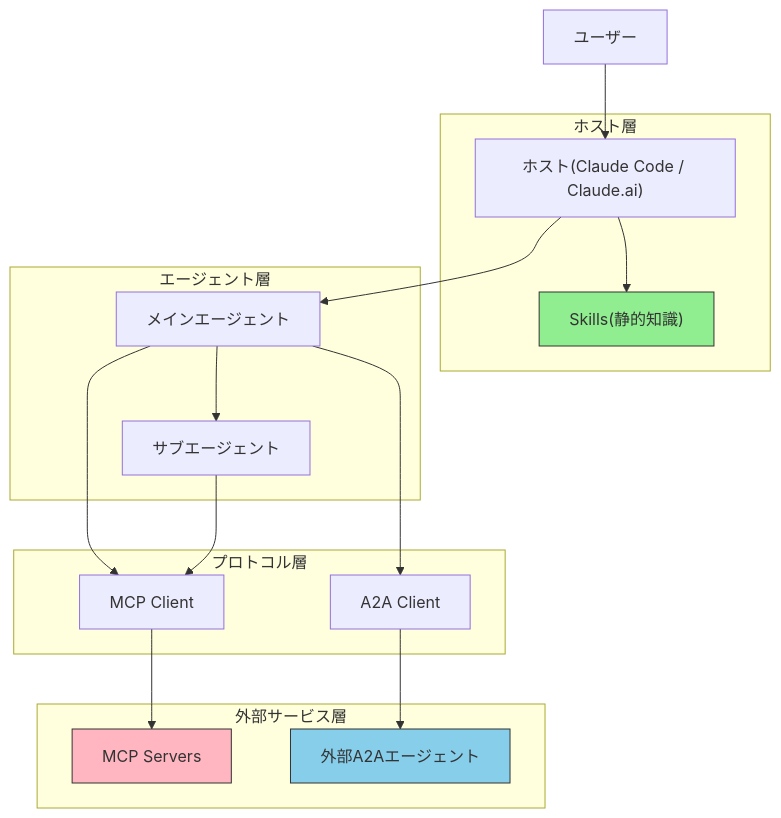
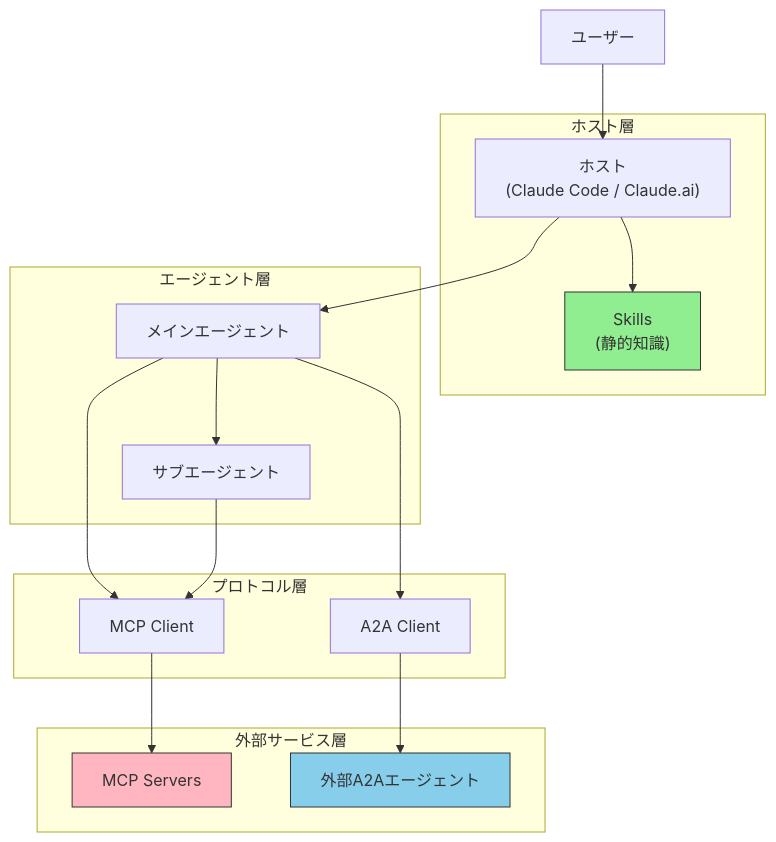
The second of 12 diagrams in docs/ja/concepts/03-architecture.md (shuji-bonji/ai-agent-architecture), drawn with Mermaid before and after one commit. The commit also changed other lines of this file and 8 other files, not shown here.

````diff
--- a/docs/ja/concepts/03-architecture.md
+++ b/docs/ja/concepts/03-architecture.md
@@ -66,38 +66,38 @@
 ```mermaid
 flowchart TB
     USER["ユーザー"]
 
     subgraph HOST_LAYER["ホスト層"]
-        HOST["ホスト<bn>(Claude Code / Claude.ai)"]
-        SKILL["Skills<bn>(静的知識)"]
+        HOST["ホスト<br>(Claude Code / Claude.ai)"]
+        SKILL["Skills<br>(静的知識)"]
     end
 
     subgraph AGENT_LAYER["エージェント層"]
         MAIN["メインエージェント"]
         SUB["サブエージェント"]
     end
 
     subgraph PROTOCOL_LAYER["プロトコル層"]
         MCP_CLIENT["MCP Client"]
         A2A_CLIENT["A2A Client"]
     end
 
     subgraph EXTERNAL_LAYER["外部サービス層"]
         MCP_SERVER["MCP Servers"]
         A2A_AGENT["外部A2Aエージェント"]
     end
 
     USER --> HOST
     HOST --> SKILL
     HOST --> MAIN
     MAIN --> SUB
     MAIN --> MCP_CLIENT
     MAIN --> A2A_CLIENT
     SUB --> MCP_CLIENT
     MCP_CLIENT --> MCP_SERVER
     A2A_CLIENT --> A2A_AGENT
 
     style SKILL fill:#90EE90,color:#333,stroke:#333
     style MCP_SERVER fill:#FFB6C1,color:#333,stroke:#333
     style A2A_AGENT fill:#87CEEB,color:#333,stroke:#333
 ```
````
